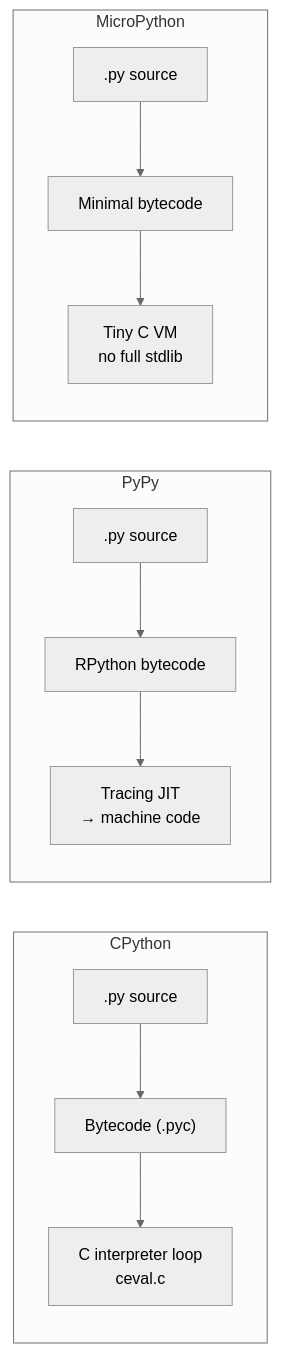
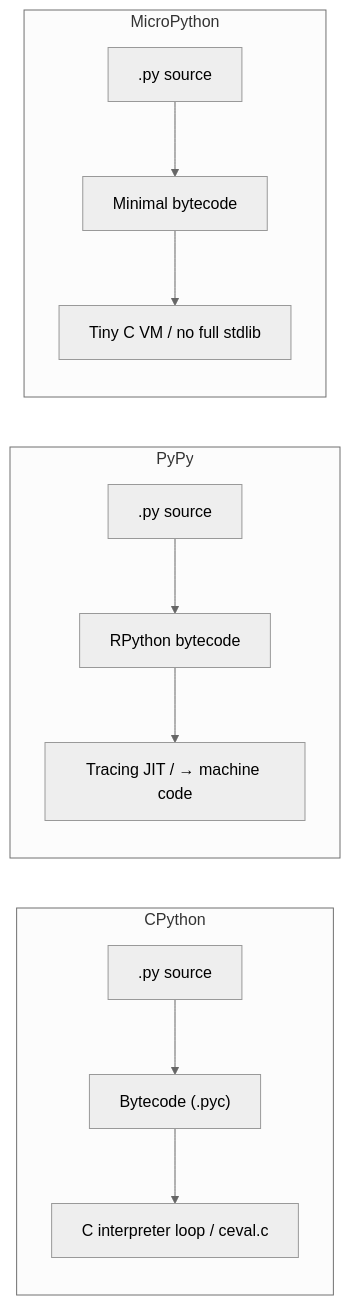
Before and after one commit to dantesaurusrex9/notes-gilgamesh: the third of 3 diagrams in Programming-Languages/Python/1-what-is-python.md, drawn with Mermaid (neutral theme). The commit also changed other lines of this file and 919 other files, not shown here.

````diff
--- a/Programming-Languages/Python/1-what-is-python.md
+++ b/Programming-Languages/Python/1-what-is-python.md
@@ -197,15 +207,15 @@
 ```mermaid
 flowchart LR
     subgraph CPython
         CP_SRC[".py source"] --> CP_BC["Bytecode (.pyc)"]
-        CP_BC --> CP_VM["C interpreter loop<br/>ceval.c"]
+        CP_BC --> CP_VM["C interpreter loop / ceval.c"]
     end
     subgraph PyPy
         PP_SRC[".py source"] --> PP_BC["RPython bytecode"]
-        PP_BC --> PP_JIT["Tracing JIT<br/>→ machine code"]
+        PP_BC --> PP_JIT["Tracing JIT / → machine code"]
     end
     subgraph MicroPython
         MP_SRC[".py source"] --> MP_BC["Minimal bytecode"]
-        MP_BC --> MP_VM["Tiny C VM<br/>no full stdlib"]
+        MP_BC --> MP_VM["Tiny C VM / no full stdlib"]
     end
 ```
````
